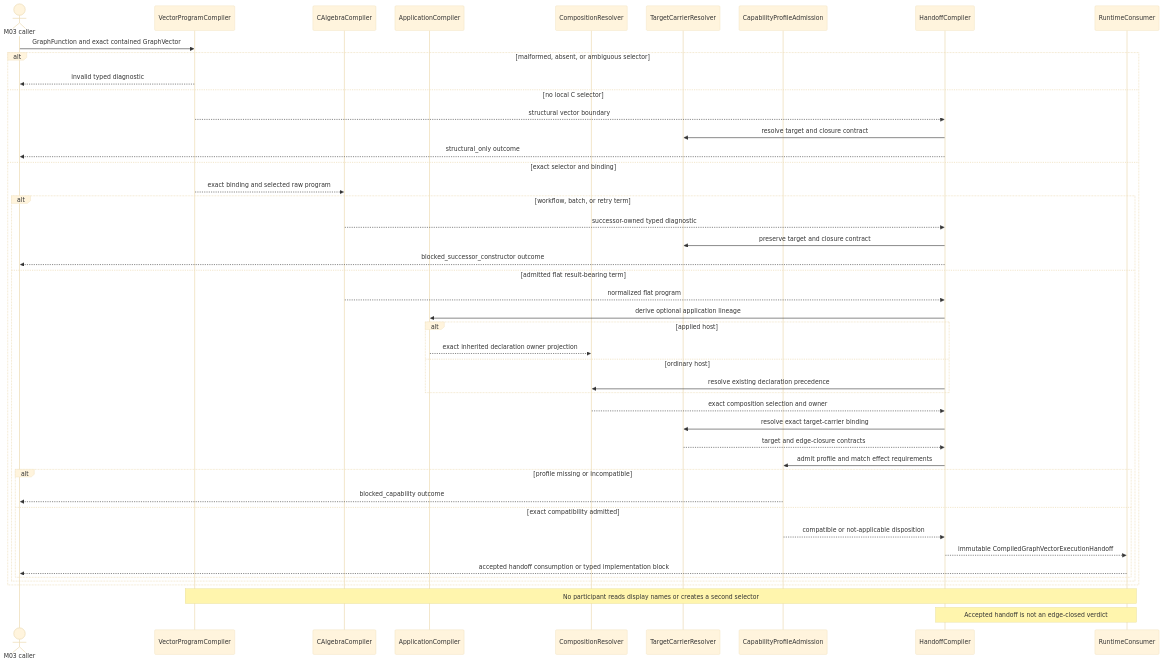
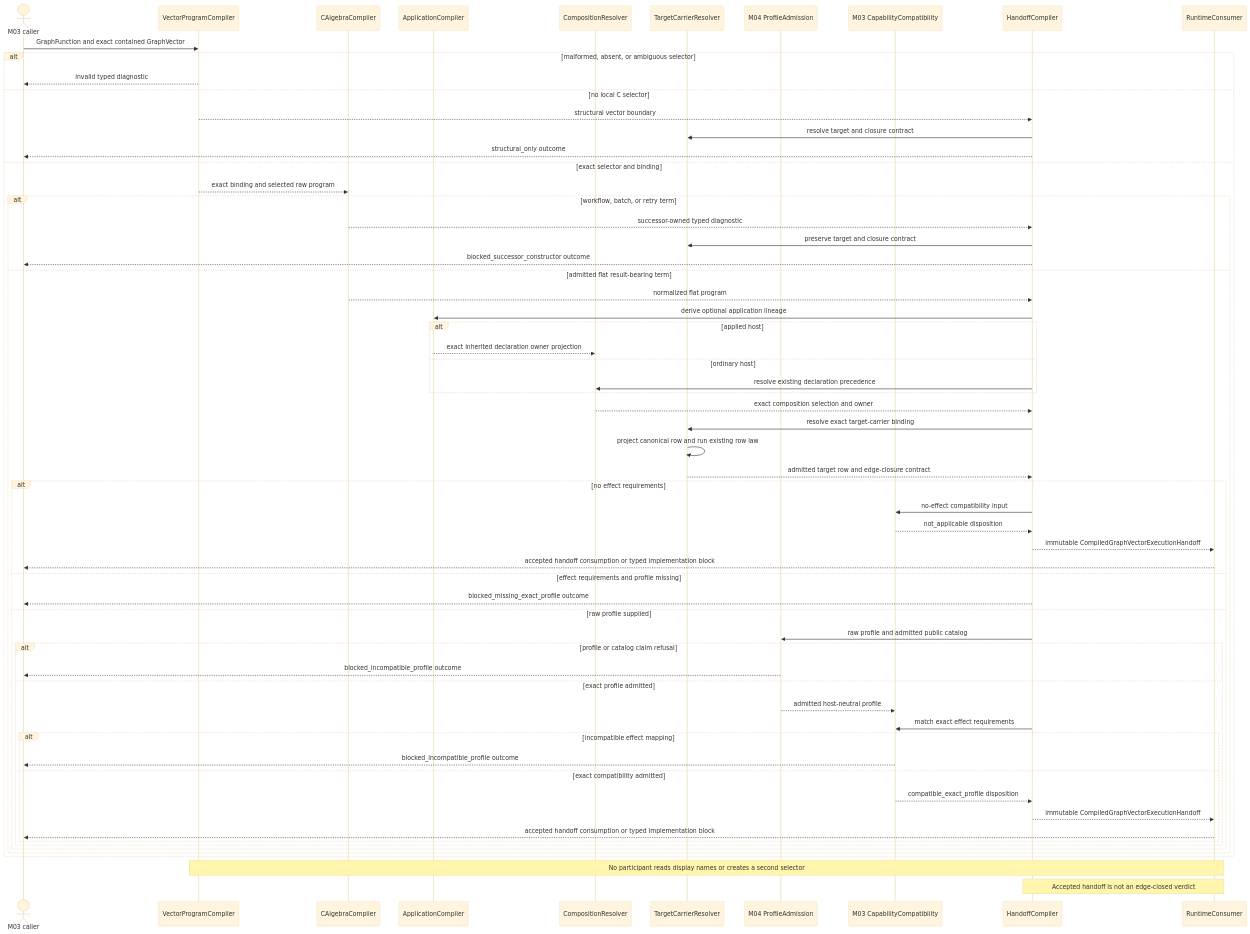
One commit to foolishimp/abiogenesis changed the second of 3 diagrams in build_tenants/abiogenesis/typescript/design/M03_COMPILED_EXECUTION_HANDOFF_BEHAVIOR_DESIGN.md. Above: the diagram before and after it, drawn with Mermaid (base theme). The commit also changed other lines of this file and 3 other files, not shown here.

````diff
--- a/build_tenants/abiogenesis/typescript/design/M03_COMPILED_EXECUTION_HANDOFF_BEHAVIOR_DESIGN.md
+++ b/build_tenants/abiogenesis/typescript/design/M03_COMPILED_EXECUTION_HANDOFF_BEHAVIOR_DESIGN.md
@@ -346,50 +528,67 @@
 ```mermaid
 sequenceDiagram
   actor Caller as M03 caller
   participant T254 as VectorProgramCompiler
   participant C as CAlgebraCompiler
   participant T265 as ApplicationCompiler
   participant Fn as CompositionResolver
   participant Target as TargetCarrierResolver
-  participant Profile as CapabilityProfileAdmission
+  participant M04Profile as M04 ProfileAdmission
+  participant Capability as M03 CapabilityCompatibility
   participant Handoff as HandoffCompiler
   participant Runtime as RuntimeConsumer
 
   Caller->>T254: GraphFunction and exact contained GraphVector
   alt malformed, absent, or ambiguous selector
     T254-->>Caller: invalid typed diagnostic
   else no local C selector
     T254-->>Handoff: structural vector boundary
     Handoff->>Target: resolve target and closure contract
     Handoff-->>Caller: structural_only outcome
   else exact selector and binding
     T254-->>C: exact binding and selected raw program
     alt workflow, batch, or retry term
       C-->>Handoff: successor-owned typed diagnostic
       Handoff->>Target: preserve target and closure contract
       Handoff-->>Caller: blocked_successor_constructor outcome
     else admitted flat result-bearing term
       C-->>Handoff: normalized flat program
       Handoff->>T265: derive optional application lineage
       alt applied host
         T265-->>Fn: exact inherited declaration owner projection
       else ordinary host
         Handoff->>Fn: resolve existing declaration precedence
       end
       Fn-->>Handoff: exact composition selection and owner
       Handoff->>Target: resolve exact target-carrier binding
-      Target-->>Handoff: target and edge-closure contracts
-      Handoff->>Profile: admit profile and match effect requirements
-      alt profile missing or incompatible
-        Profile-->>Caller: blocked_capability outcome
-      else exact compatibility admitted
-        Profile-->>Handoff: compatible or not-applicable disposition
+      Target->>Target: project canonical row and run existing row law
+      Target-->>Handoff: admitted target row and edge-closure contract
+      alt no effect requirements
+        Handoff->>Capability: no-effect compatibility input
+        Capability-->>Handoff: not_applicable disposition
         Handoff-->>Runtime: immutable CompiledGraphVectorExecutionHandoff
         Runtime-->>Caller: accepted handoff consumption or typed implementation block
+      else effect requirements and profile missing
+        Handoff-->>Caller: blocked_missing_exact_profile outcome
+      else raw profile supplied
+        Handoff->>M04Profile: raw profile and admitted public catalog
+        alt profile or catalog claim refusal
+          M04Profile-->>Caller: blocked_incompatible_profile outcome
+        else exact profile admitted
+          M04Profile-->>Capability: admitted host-neutral profile
+          Handoff->>Capability: match exact effect requirements
+          alt incompatible effect mapping
+            Capability-->>Caller: blocked_incompatible_profile outcome
+          else exact compatibility admitted
+            Capability-->>Handoff: compatible_exact_profile disposition
+            Handoff-->>Runtime: immutable CompiledGraphVectorExecutionHandoff
+            Runtime-->>Caller: accepted handoff consumption or typed implementation block
+          end
+        end
       end
     end
   end
 
   Note over T254,Runtime: No participant reads display names or creates a second selector
   Note over Handoff,Runtime: Accepted handoff is not an edge-closed verdict
 ```
````
